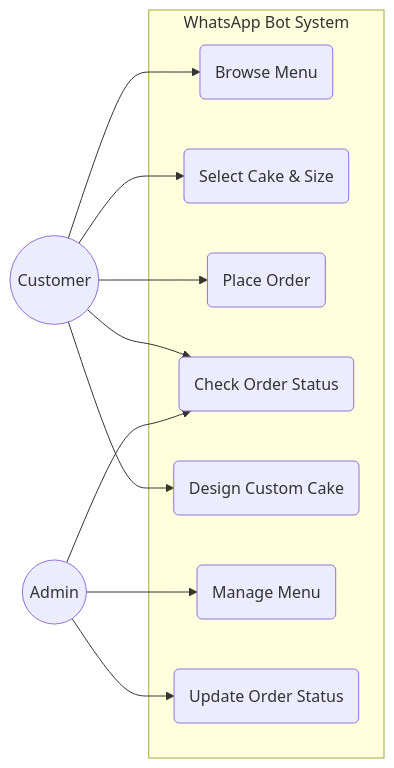
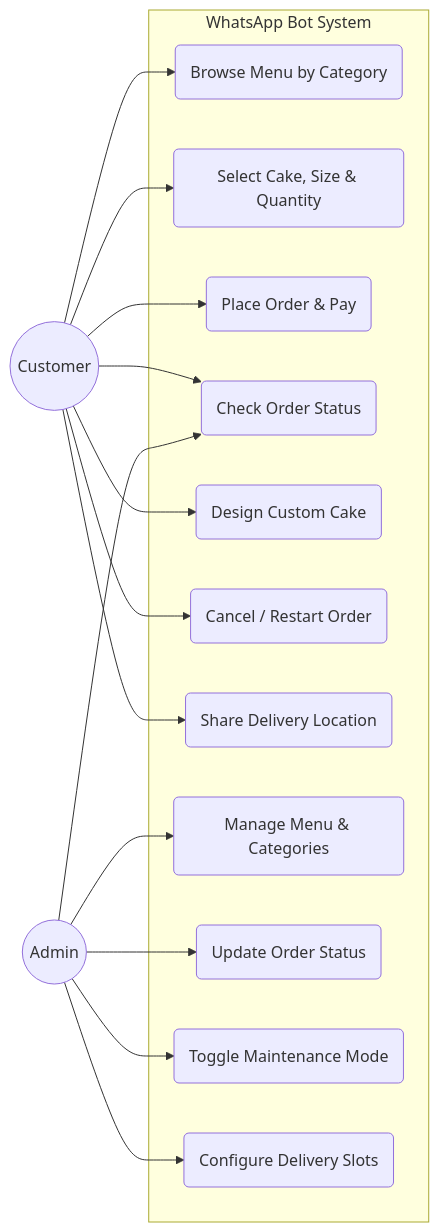
The third of 10 diagrams in docs/whatsapp-bot/uml-comprehensive.md (SoumyaAmminabhavi/Sonnas), drawn with Mermaid before and after one commit. The commit also changed other lines of this file and 3 other files, not shown here.

````diff
--- a/docs/whatsapp-bot/uml-comprehensive.md
+++ b/docs/whatsapp-bot/uml-comprehensive.md
@@ -75,25 +151,33 @@
 ```mermaid
 graph LR
     Customer((Customer))
     Admin((Admin))
     
     subgraph WhatsApp Bot System
-        UC1(Browse Menu)
-        UC2(Select Cake & Size)
-        UC3(Place Order)
+        UC1(Browse Menu by Category)
+        UC2(Select Cake, Size & Quantity)
+        UC3(Place Order & Pay)
         UC4(Check Order Status)
         UC5(Design Custom Cake)
-        UC6(Manage Menu)
-        UC7(Update Order Status)
+        UC6(Cancel / Restart Order)
+        UC7(Share Delivery Location)
+        UC8(Manage Menu & Categories)
+        UC9(Update Order Status)
+        UC10(Toggle Maintenance Mode)
+        UC11(Configure Delivery Slots)
     end
     
     Customer --> UC1
     Customer --> UC2
     Customer --> UC3
     Customer --> UC4
     Customer --> UC5
+    Customer --> UC6
+    Customer --> UC7
     
-    Admin --> UC6
-    Admin --> UC7
+    Admin --> UC8
+    Admin --> UC9
+    Admin --> UC10
+    Admin --> UC11
     Admin --> UC4
 ```
````
